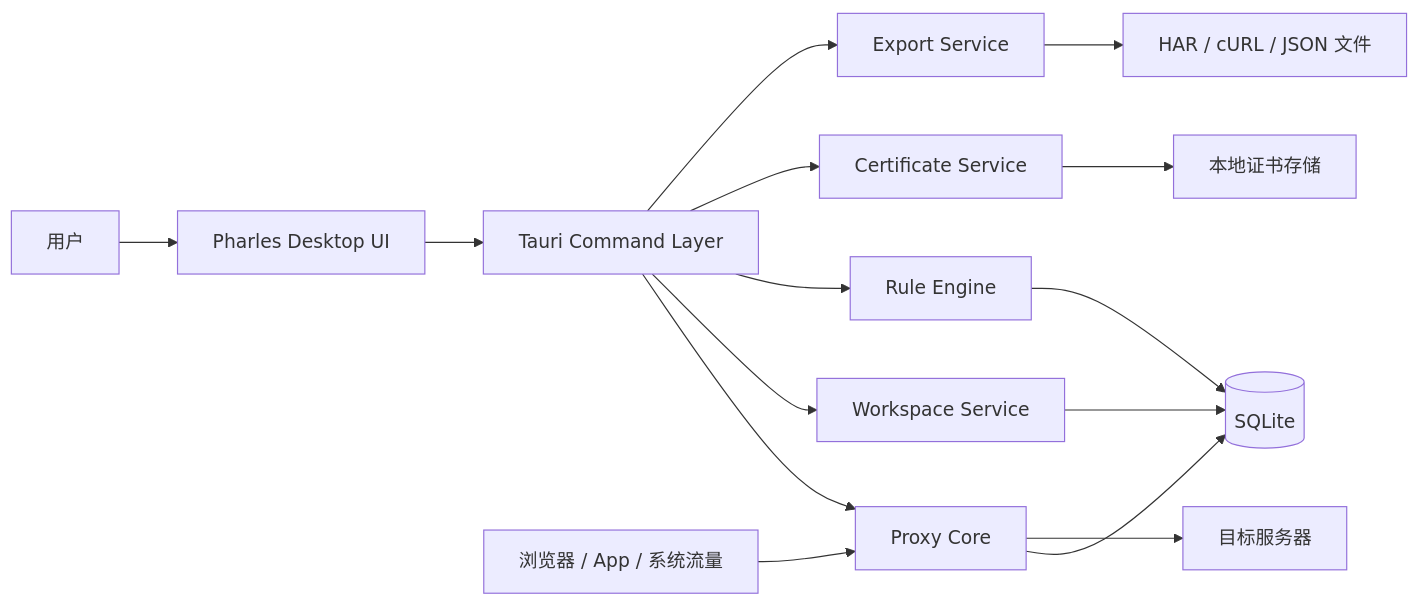
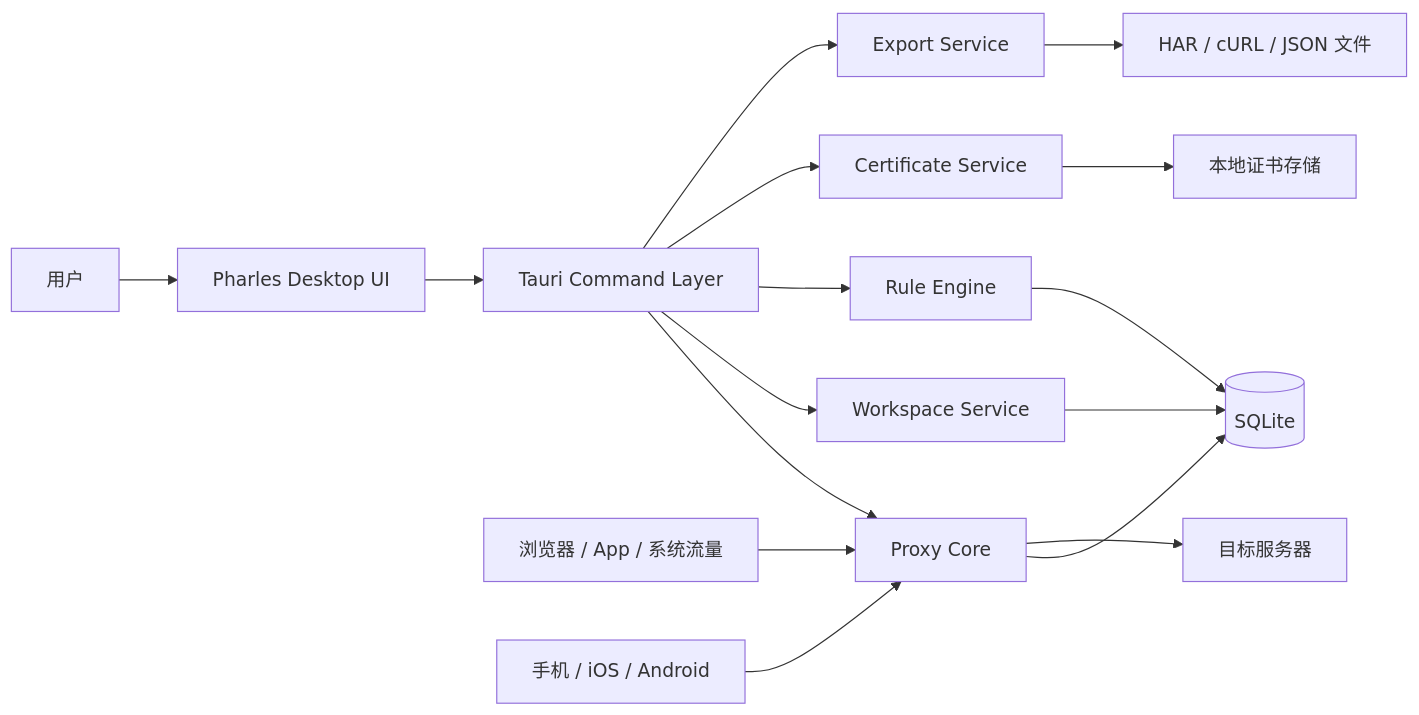
One commit to small-dream/AIProxy changed the first of 3 diagrams in docs/ARCHITECTURE.md. Above: the diagram before and after it, drawn with Mermaid. The commit also changed other lines of this file and 15 other files, not shown here.

````diff
--- a/docs/ARCHITECTURE.md
+++ b/docs/ARCHITECTURE.md
@@ -79,17 +79,18 @@
 ```mermaid
 flowchart LR
     A[用户] --> B[Pharles Desktop UI]
     B --> C[Tauri Command Layer]
     C --> D[Proxy Core]
     C --> E[Workspace Service]
     C --> F[Rule Engine]
     C --> G[Certificate Service]
     C --> H[Export Service]
     D --> I[(SQLite)]
     E --> I
     F --> I
     G --> J[本地证书存储]
     H --> K[HAR / cURL / JSON 文件]
     L[浏览器 / App / 系统流量] --> D
-    D --> M[目标服务器]
+    M[手机 / iOS / Android] --> D
+    D --> N[目标服务器]
 ```
````
